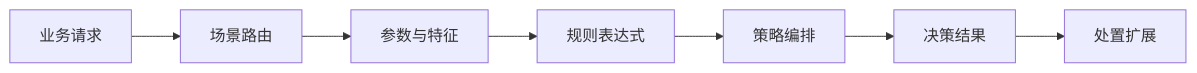
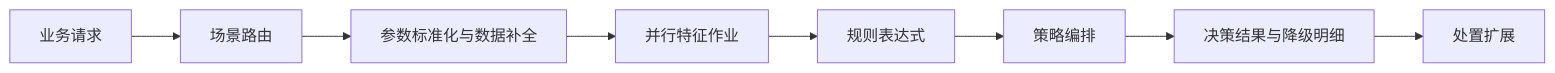
Before and after one commit to QuailOurs/SodaRiskEngine: the diagram in README.md, drawn with Mermaid. The commit also changed other lines of this file and 70 other files, not shown here.

````diff
--- a/README.md
+++ b/README.md
@@ -30,9 +31,10 @@
 ```mermaid
 flowchart LR
     A[业务请求] --> B[场景路由]
-    B --> C[参数与特征]
-    C --> D[规则表达式]
-    D --> E[策略编排]
-    E --> F[决策结果]
-    F --> G[处置扩展]
+    B --> C[参数标准化与数据补全]
+    C --> D[并行特征作业]
+    D --> E[规则表达式]
+    E --> F[策略编排]
+    F --> G[决策结果与降级明细]
+    G --> H[处置扩展]
 ```
````
